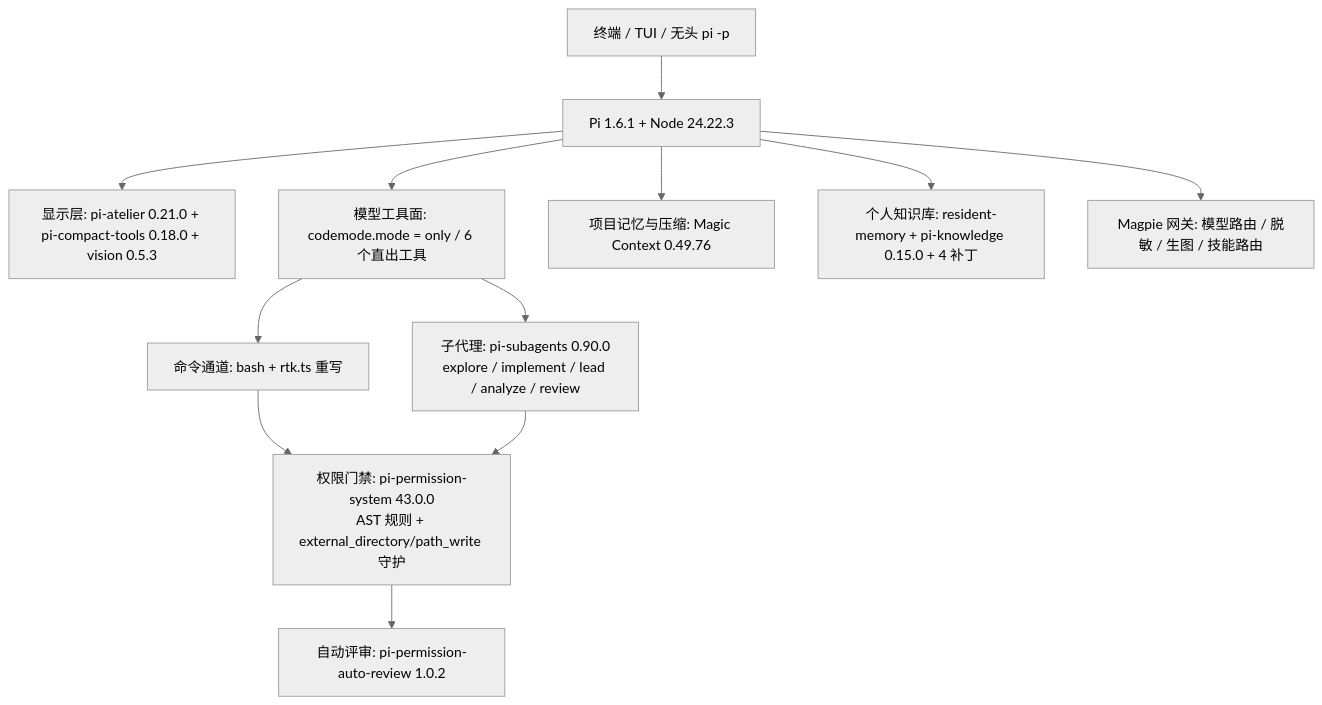
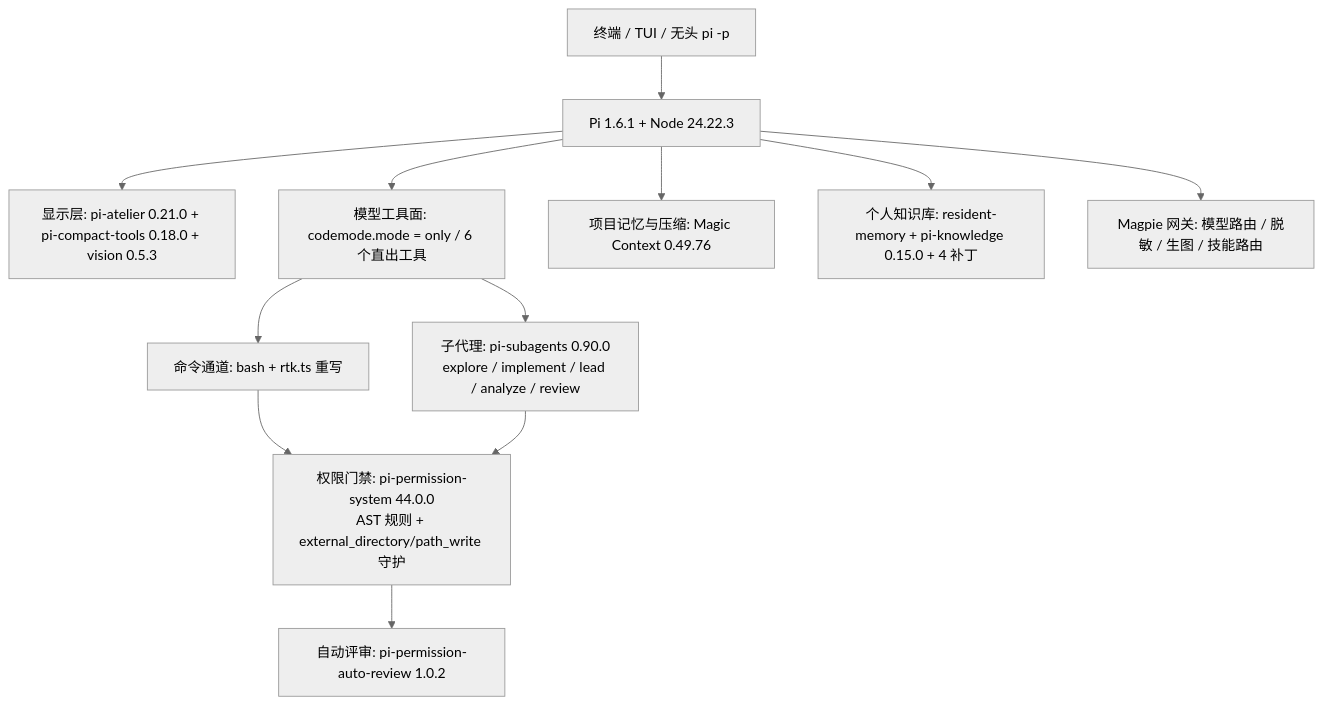
Before and after one commit to AkiR1n/akis-pi: the diagram in README.zh-CN.md, drawn with Mermaid (neutral theme). The commit also changed 5 other files, not shown here.

Commit message:
docs: sync GitHub Pages and docs to permission-system 44.0.0 and pi-codex-exec v1.3.0

````diff
--- a/README.zh-CN.md
+++ b/README.zh-CN.md
@@ -17,13 +17,13 @@
 ```mermaid
 flowchart TD
     U[终端 / TUI / 无头 pi -p] --> PI[Pi 1.6.1 + Node 24.22.3]
     PI --> UI[显示层: pi-atelier 0.21.0 + pi-compact-tools 0.18.0 + vision 0.5.3]
     PI --> CM[模型工具面: codemode.mode = only / 6 个直出工具]
     CM --> SUB[子代理: pi-subagents 0.90.0<br/>explore / implement / lead / analyze / review]
     CM --> SHELL[命令通道: bash + rtk.ts 重写]
-    SHELL & SUB --> PERM[权限门禁: pi-permission-system 43.0.0<br/>AST 规则 + external_directory/path_write 守护]
+    SHELL & SUB --> PERM[权限门禁: pi-permission-system 44.0.0<br/>AST 规则 + external_directory/path_write 守护]
     PERM --> REV[自动评审: pi-permission-auto-review 1.0.2]
     PI --> MEM1[项目记忆与压缩: Magic Context 0.49.76]
     PI --> MEM2[个人知识库: resident-memory + pi-knowledge 0.15.0 + 4 补丁]
     PI --> MG[Magpie 网关: 模型路由 / 脱敏 / 生图 / 技能路由]
 ```
````
